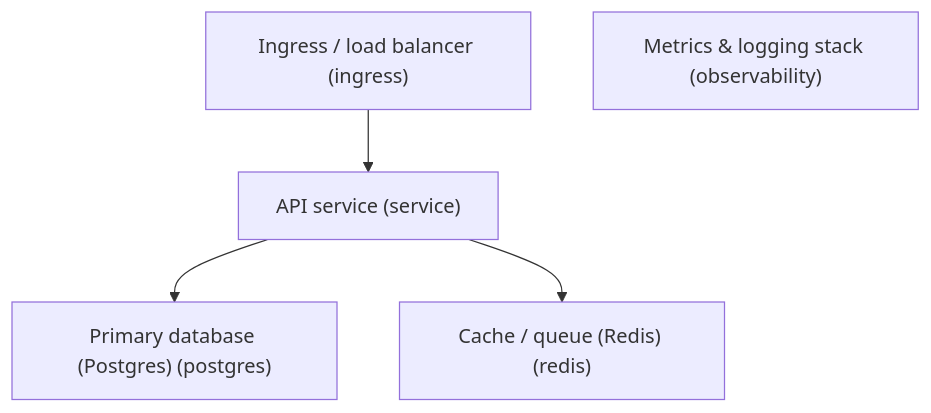
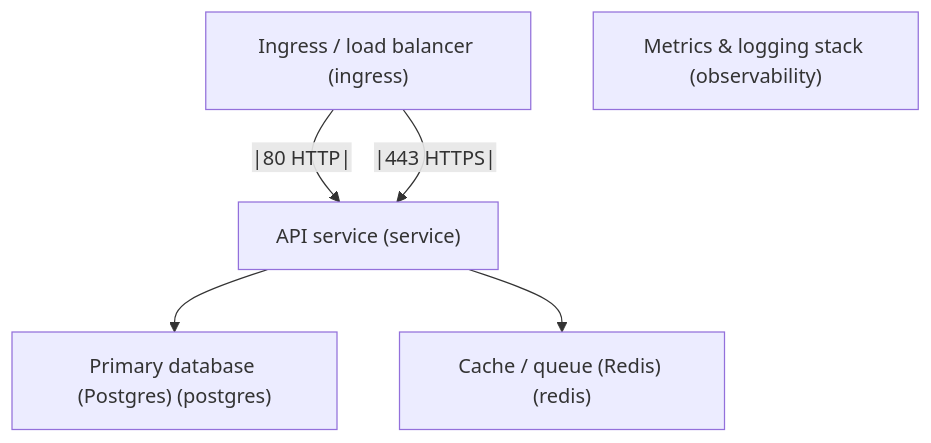
The diagram in docs/blueprints/python-api-k8s.mmd (casualuser/casualuser.github.io), drawn with Mermaid before and after one commit. The commit also changed 6 other files, not shown here.

Commit message:
blueprints: add protocol/port labels to Mermaid diagram arrows, style diagram containers with dark background and shadow, update solutions page to separate diagram links from blueprint descriptions

```diff
--- a/docs/blueprints/python-api-k8s.mmd
+++ b/docs/blueprints/python-api-k8s.mmd
@@ -1,10 +1,11 @@
 %% Autogenerated from codemap python-api-k8s; do not edit by hand.
 graph TD
   api["API service (service)"]
   db["Primary database (Postgres) (postgres)"]
   cache["Cache / queue (Redis) (redis)"]
   ingress["Ingress / load balancer (ingress)"]
   observability["Metrics & logging stack (observability)"]
   api --> db
   api --> cache
-  ingress --> api
+  ingress --|80 HTTP|--> api
+  ingress --|443 HTTPS|--> api
```
